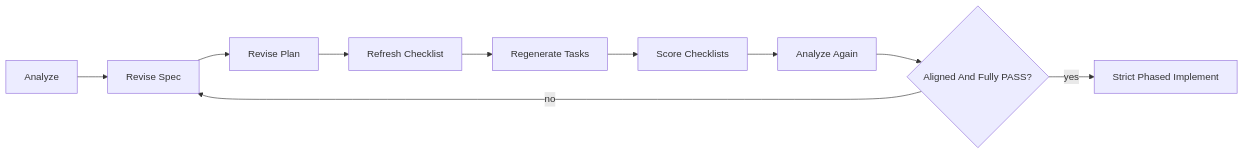
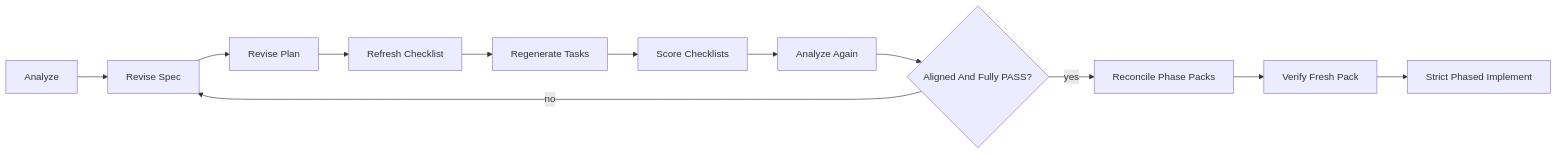
One commit to jessepetersondev/jesses-book-of-cool-speckit changed the diagram in docs/reproducibility/rerun-routing.md. Above: the diagram before and after it, drawn with Mermaid. The commit also changed other lines of this file and 40 other files, not shown here.

Commit message:
Add phase pack reconciliation upgrade

````diff
--- a/docs/reproducibility/rerun-routing.md
+++ b/docs/reproducibility/rerun-routing.md
@@ -31,12 +38,14 @@
 ```mermaid
 flowchart LR
     A[Analyze] --> B[Revise Spec]
     B --> C[Revise Plan]
     C --> D[Refresh Checklist]
     D --> E[Regenerate Tasks]
     E --> F[Score Checklists]
     F --> G[Analyze Again]
     G --> H{Aligned And Fully PASS?}
-    H -->|yes| I[Strict Phased Implement]
+    H -->|yes| I[Reconcile Phase Packs]
+    I --> J[Verify Fresh Pack]
+    J --> K[Strict Phased Implement]
     H -->|no| B
 ```
````
